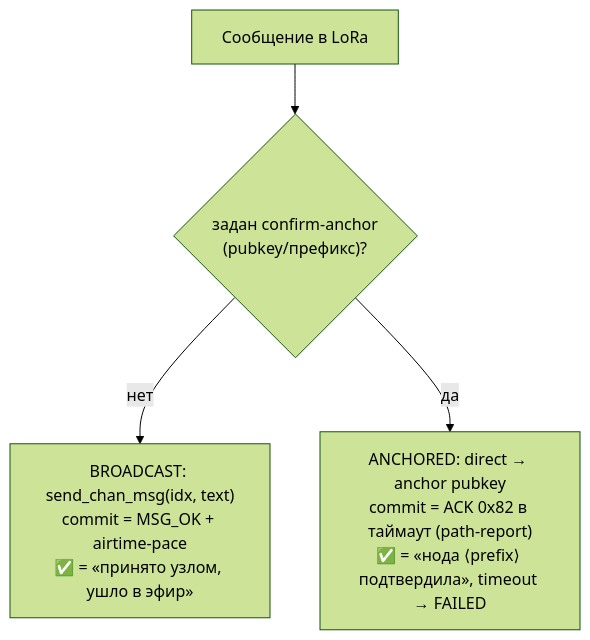
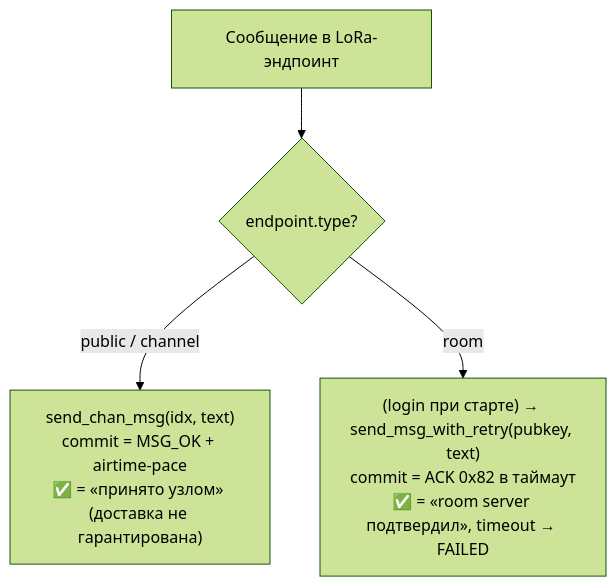
Before and after one commit to Flexlug/LoRa-Bridge: the third of 12 diagrams in docs/ARCHITECTURE.md, drawn with Mermaid (forest theme). The commit also changed other lines of this file, not shown here.

First line of the commit message:
docs: model 3 explicit MeshCore endpoint types (public/channel/room)

````diff
--- a/docs/ARCHITECTURE.md
+++ b/docs/ARCHITECTURE.md
@@ -332,6 +339,6 @@
 ```mermaid
 flowchart TB
-    M["Сообщение в LoRa"] --> Q{"задан confirm-anchor\n(pubkey/префикс)?"}
-    Q -- нет --> B["BROADCAST: send_chan_msg(idx, text)\ncommit = MSG_OK + airtime-pace\n✅ = «принято узлом, ушло в эфир»"]
-    Q -- да --> A["ANCHORED: direct → anchor pubkey\ncommit = ACK 0x82 в таймаут (path-report)\n✅ = «нода ⟨prefix⟩ подтвердила», timeout → FAILED"]
+    M["Сообщение в LoRa-эндпоинт"] --> Q{"endpoint.type?"}
+    Q -- public / channel --> B["send_chan_msg(idx, text)\ncommit = MSG_OK + airtime-pace\n✅ = «принято узлом» (доставка не гарантирована)"]
+    Q -- room --> A["(login при старте) → send_msg_with_retry(pubkey, text)\ncommit = ACK 0x82 в таймаут\n✅ = «room server подтвердил», timeout → FAILED"]
 ```
````
